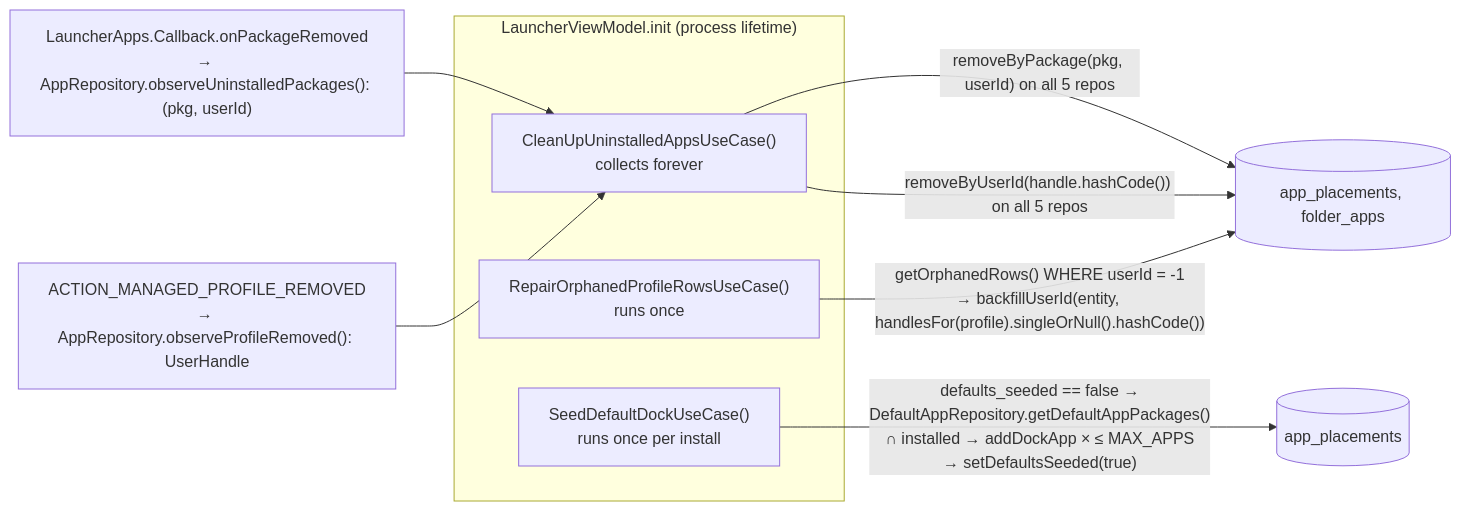
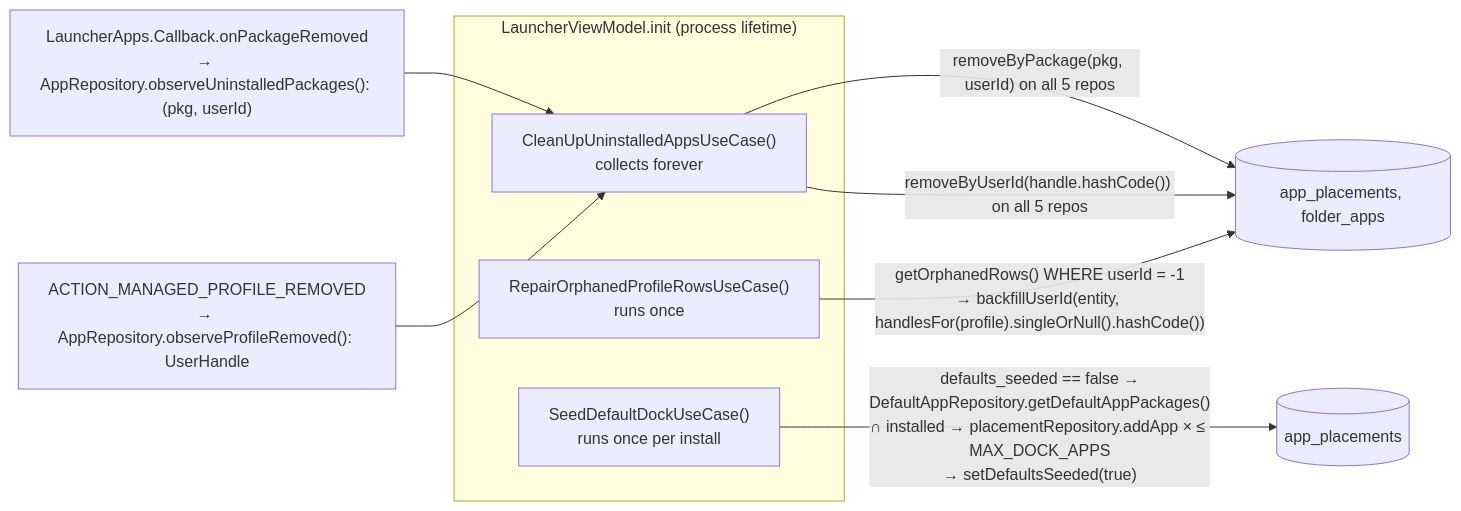
One commit to rohitganjam/facet-launcher changed the third of 3 diagrams in docs/architecture/08-flow-placements.md. Above: the diagram before and after it, drawn with Mermaid. The commit also changed other lines of this file and 113 other files, not shown here.

````diff
--- a/docs/architecture/08-flow-placements.md
+++ b/docs/architecture/08-flow-placements.md
@@ -81,14 +80,14 @@
 ```mermaid
 flowchart LR
     subgraph LVM["LauncherViewModel.init (process lifetime)"]
         A["CleanUpUninstalledAppsUseCase()\ncollects forever"]
         B["RepairOrphanedProfileRowsUseCase()\nruns once"]
         C["SeedDefaultDockUseCase()\nruns once per install"]
     end
     OS1["LauncherApps.Callback.onPackageRemoved\n→ AppRepository.observeUninstalledPackages(): (pkg, userId)"] --> A
     OS2["ACTION_MANAGED_PROFILE_REMOVED\n→ AppRepository.observeProfileRemoved(): UserHandle"] --> A
     A -- "removeByPackage(pkg, userId) on all 5 repos" --> T1[(app_placements, folder_apps)]
     A -- "removeByUserId(handle.hashCode()) on all 5 repos" --> T1
     B -- "getOrphanedRows() WHERE userId = -1\n→ backfillUserId(entity, handlesFor(profile).singleOrNull().hashCode())" --> T1
-    C -- "defaults_seeded == false →\nDefaultAppRepository.getDefaultAppPackages()\n∩ installed → addDockApp × ≤ MAX_APPS\n→ setDefaultsSeeded(true)" --> T2[(app_placements)]
+    C -- "defaults_seeded == false →\nDefaultAppRepository.getDefaultAppPackages()\n∩ installed → placementRepository.addApp × ≤ MAX_DOCK_APPS\n→ setDefaultsSeeded(true)" --> T2[(app_placements)]
 ```
````
